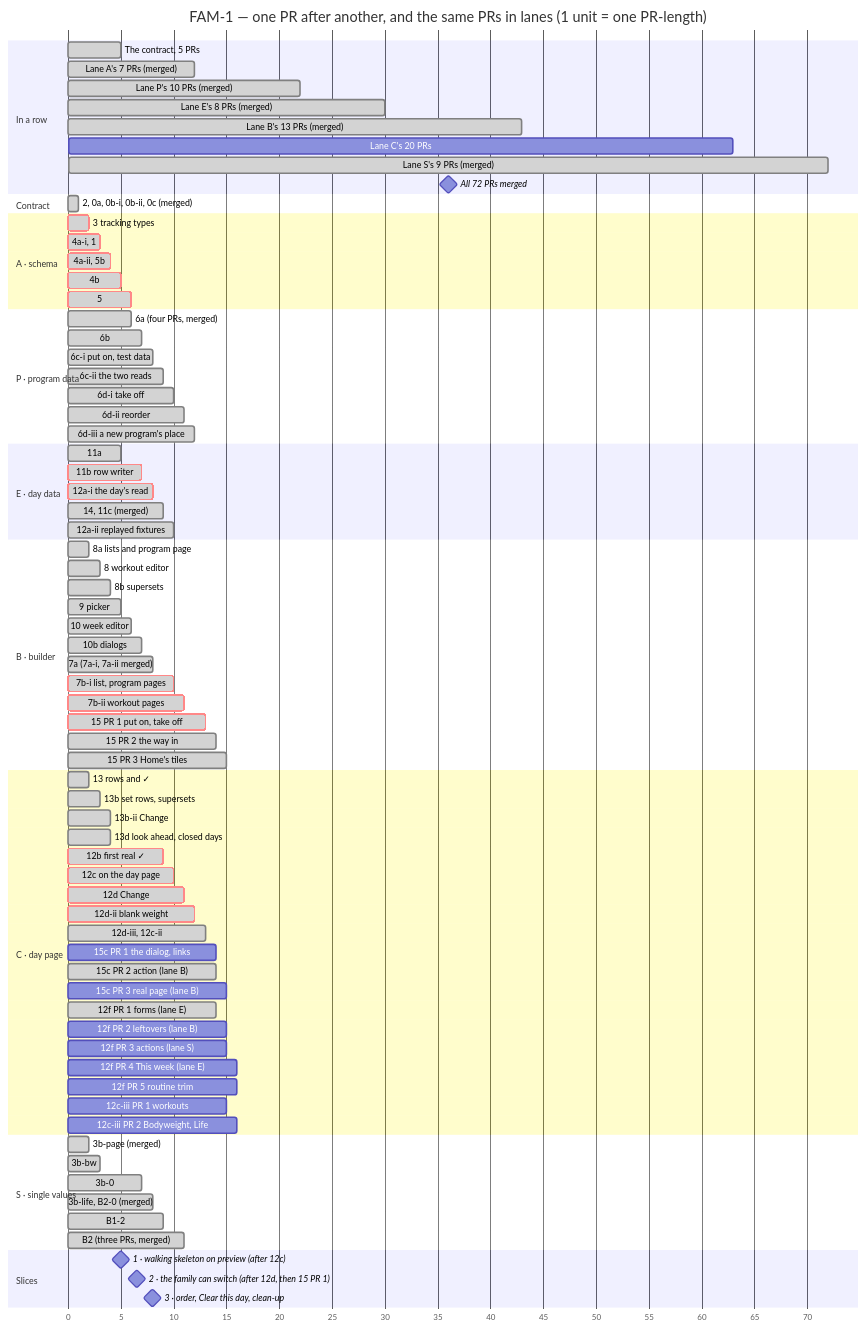
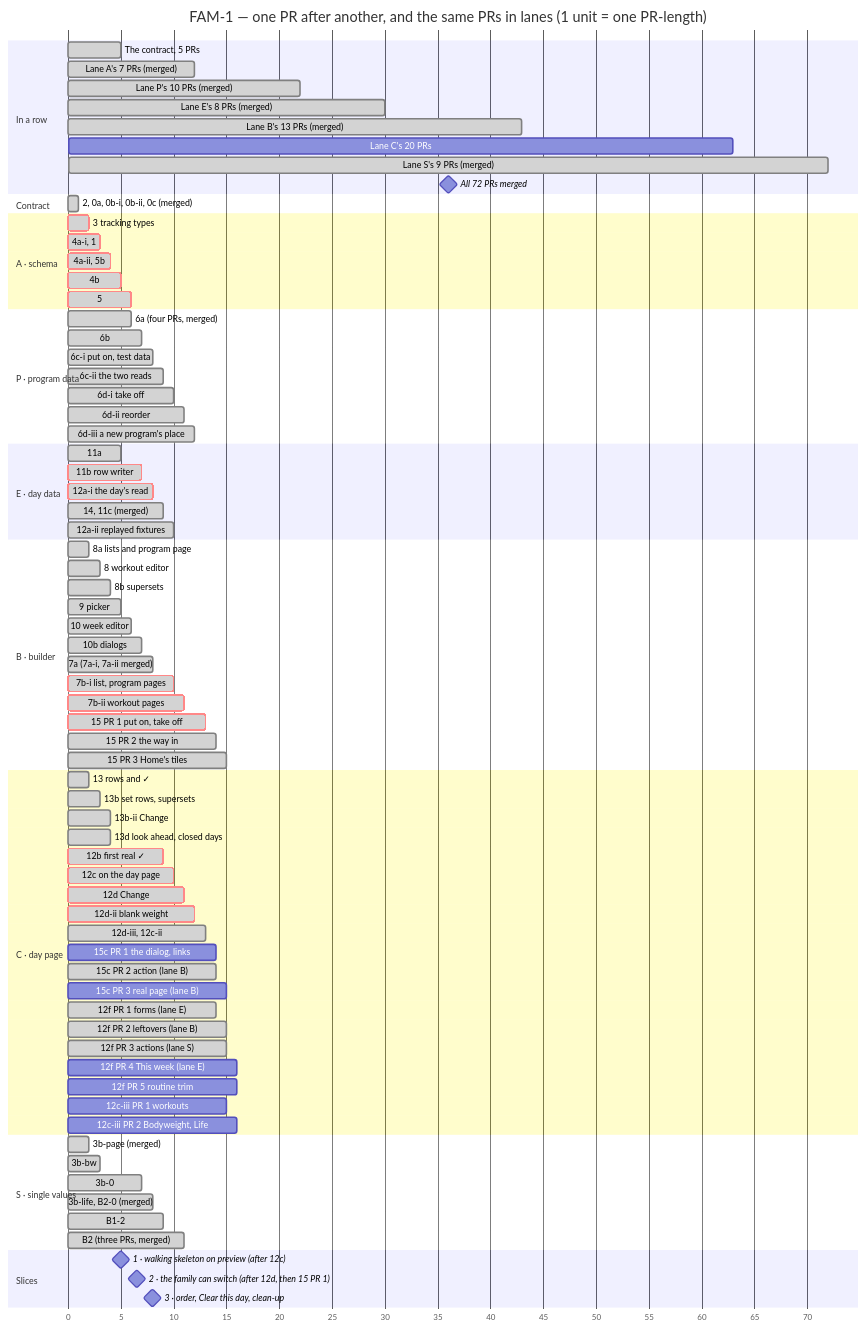
The second of 2 diagrams in docs/milestones/fam-1-family-program.md (ralamode/mat-plan), drawn with Mermaid before and after one commit. The commit also changed other lines of this file and 1 other file, not shown here.

```diff
--- a/docs/milestones/fam-1-family-program.md
+++ b/docs/milestones/fam-1-family-program.md
@@ -328,8 +328,8 @@
   15c PR 2 action (lane B)     :done, c7b, 13, 14
   15c PR 3 real page (lane B)  :c7c, 14, 15
   12f PR 1 forms (lane E)      :done, c9a, 13, 14
-  12f PR 2 leftovers (lane B)  :c9b, 14, 15
-  12f PR 3 actions (lane S)    :c9c, 14, 15
+  12f PR 2 leftovers (lane B)  :done, c9b, 14, 15
+  12f PR 3 actions (lane S)    :done, c9c, 14, 15
   12f PR 4 This week (lane E)  :c9d, 15, 16
   12f PR 5 routine trim        :c9e, 15, 16
   12c-iii PR 1 workouts        :c8a, 14, 15
```
